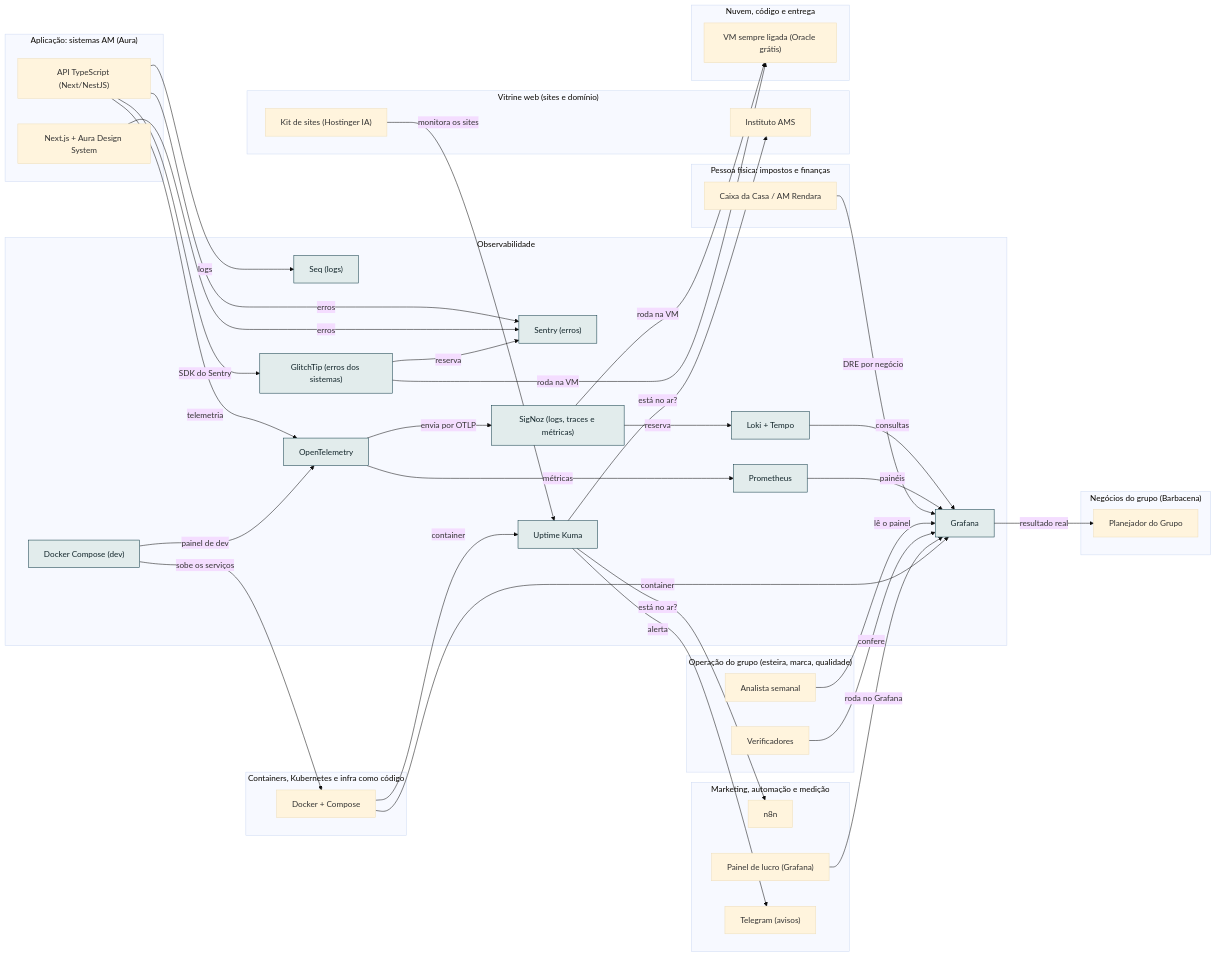
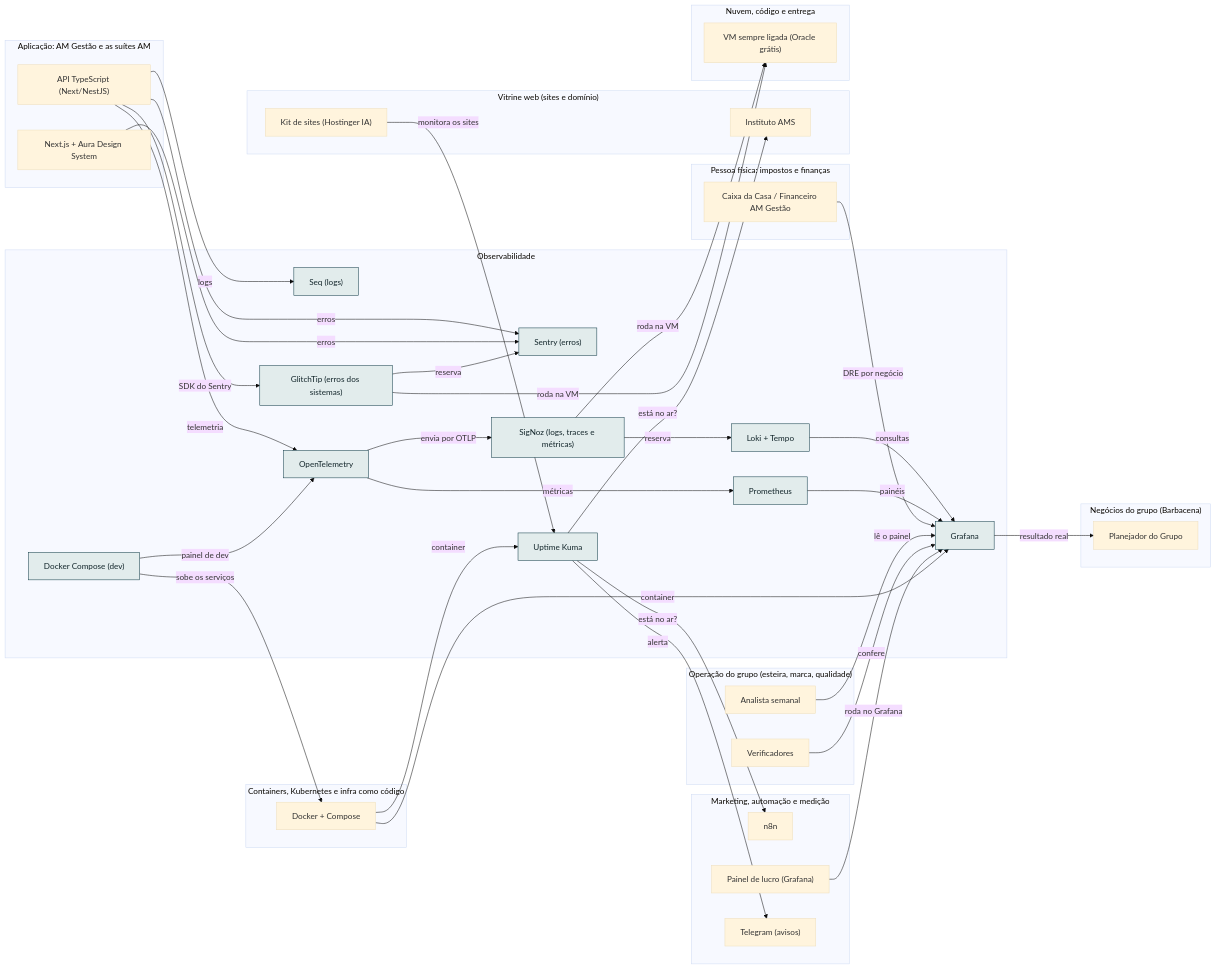
The diagram in 11-setup-dev-setup/docs/camadas/10-obs.md (AlanMateus17/Portfolio-AMS-Obsidian-Vault), drawn with Mermaid (base theme) before and after one commit. The commit also changed other lines of this file and 117 other files, not shown here.

````diff
--- a/11-setup-dev-setup/docs/camadas/10-obs.md
+++ b/11-setup-dev-setup/docs/camadas/10-obs.md
@@ -14,72 +14,72 @@
 ```mermaid
 flowchart LR
   subgraph L_obs["Observabilidade"]
     n_sentry["Sentry (erros)"]
     n_kuma["Uptime Kuma"]
     n_seq["Seq (logs)"]
     n_loki["Loki + Tempo"]
     n_otel["OpenTelemetry"]
     n_prom["Prometheus"]
     n_graf["Grafana"]
     n_aspire["Docker Compose (dev)"]
     n_signoz["SigNoz (logs, traces e métricas)"]
     n_glitchtip["GlitchTip (erros dos sistemas)"]
   end
   subgraph L_oper["Operação do grupo (esteira, marca, qualidade)"]
     n_oanal["Analista semanal"]
     n_overif["Verificadores"]
   end
   subgraph L_mkt["Marketing, automação e medição"]
     n_n8n["n8n"]
     n_painel["Painel de lucro (Grafana)"]
     n_tg["Telegram (avisos)"]
   end
   subgraph L_emp["Pessoa física: impostos e finanças"]
-    n_caixa["Caixa da Casa / AM Rendara"]
+    n_caixa["Caixa da Casa / Financeiro AM Gestão"]
   end
   subgraph L_web["Vitrine web (sites e domínio)"]
     n_inst["Instituto AMS"]
     n_kitsites["Kit de sites (Hostinger IA)"]
   end
   subgraph L_neg["Negócios do grupo (Barbacena)"]
     n_nplan["Planejador do Grupo"]
   end
   subgraph L_nuvem["Nuvem, código e entrega"]
     n_vm247["VM sempre ligada (Oracle grátis)"]
   end
-  subgraph L_app["Aplicação: sistemas AM (Aura)"]
+  subgraph L_app["Aplicação: AM Gestão e as suítes AM"]
     n_api["API TypeScript (Next/NestJS)"]
     n_front["Next.js + Aura Design System"]
   end
   subgraph L_cnt["Containers, Kubernetes e infra como código"]
     n_docker["Docker + Compose"]
   end
   n_api -->|"erros"| n_sentry
   n_front -->|"erros"| n_sentry
   n_glitchtip -->|"reserva"| n_sentry
   n_kuma -->|"está no ar?"| n_inst
   n_kuma -->|"alerta"| n_tg
   n_kuma -->|"está no ar?"| n_n8n
   n_docker -->|"container"| n_kuma
   n_kitsites -->|"monitora os sites"| n_kuma
   n_api -->|"logs"| n_seq
   n_loki -->|"consultas"| n_graf
   n_signoz -->|"reserva"| n_loki
   n_otel -->|"métricas"| n_prom
   n_otel -->|"envia por OTLP"| n_signoz
   n_api -->|"telemetria"| n_otel
   n_aspire -->|"painel de dev"| n_otel
   n_prom -->|"painéis"| n_graf
   n_graf -->|"resultado real"| n_nplan
   n_caixa -->|"DRE por negócio"| n_graf
   n_oanal -->|"lê o painel"| n_graf
   n_overif -->|"confere"| n_graf
   n_painel -->|"roda no Grafana"| n_graf
   n_docker -->|"container"| n_graf
   n_aspire -->|"sobe os serviços"| n_docker
   n_signoz -->|"roda na VM"| n_vm247
   n_glitchtip -->|"roda na VM"| n_vm247
   n_api -->|"SDK do Sentry"| n_glitchtip
   classDef desta fill:#e2ecec,stroke:#0e3a45,color:#13262b
   class n_sentry,n_kuma,n_seq,n_loki,n_otel,n_prom,n_graf,n_aspire,n_signoz,n_glitchtip desta
 ```
````
